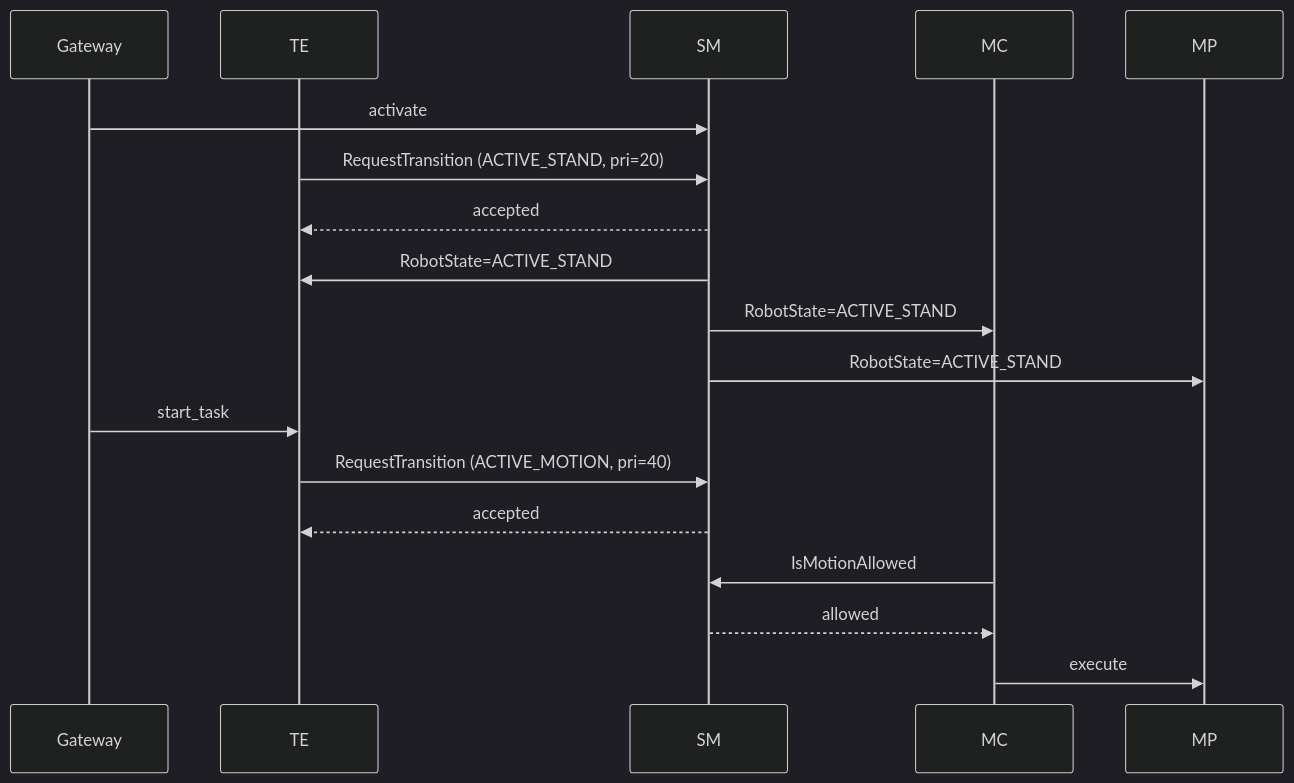
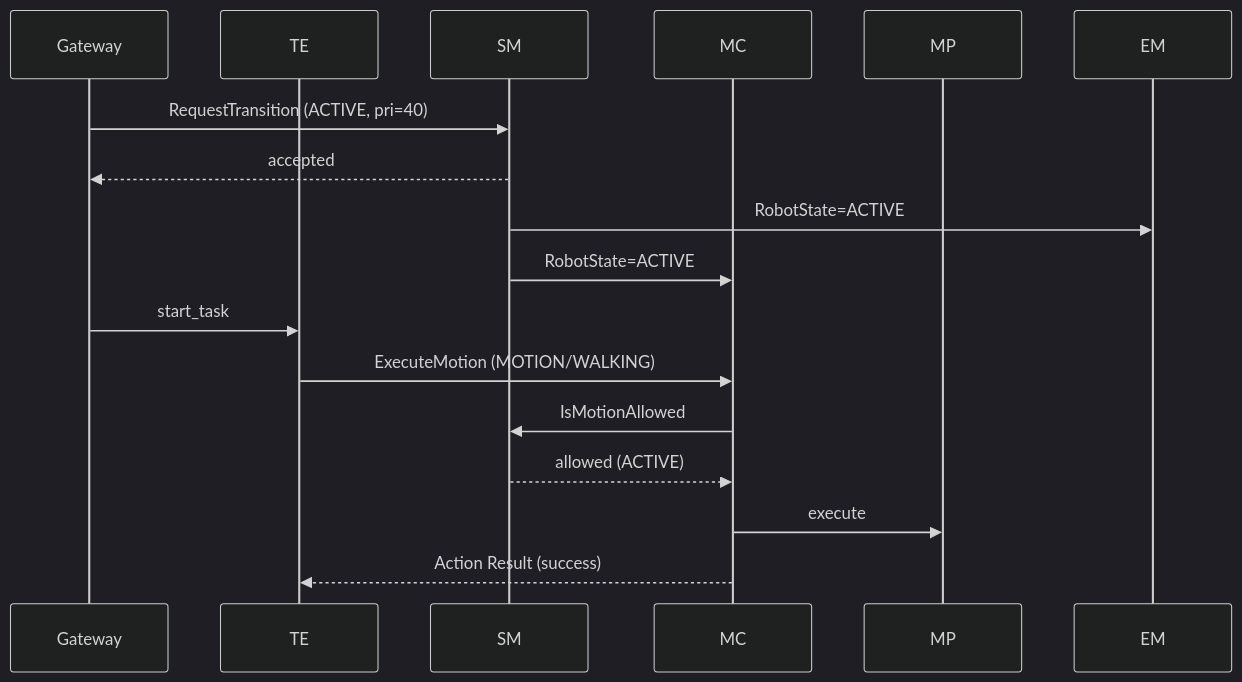
Before and after one commit to Tomaxwell/HomoBot: the third of 4 diagrams in design/layer_06_middleware/sm_design.md, drawn with Mermaid (dark theme). The commit also changed other lines of this file and 66 other files, not shown here.

````diff
--- a/design/layer_06_middleware/sm_design.md
+++ b/design/layer_06_middleware/sm_design.md
@@ -607,20 +461,18 @@
 ```mermaid
 sequenceDiagram
     participant Gateway
     participant TE
     participant SM
     participant MC
     participant MP
-    Gateway->>SM: activate
-    TE->>SM: RequestTransition (ACTIVE_STAND, pri=20)
-    SM-->>TE: accepted
-    SM->>TE: RobotState=ACTIVE_STAND
-    SM->>MC: RobotState=ACTIVE_STAND
-    SM->>MP: RobotState=ACTIVE_STAND
+    Gateway->>SM: RequestTransition (ACTIVE, pri=40)
+    SM-->>Gateway: accepted
+    SM->>EM: RobotState=ACTIVE
+    SM->>MC: RobotState=ACTIVE
     Gateway->>TE: start_task
-    TE->>SM: RequestTransition (ACTIVE_MOTION, pri=40)
-    SM-->>TE: accepted
+    TE->>MC: ExecuteMotion (MOTION/WALKING)
     MC->>SM: IsMotionAllowed
-    SM-->>MC: allowed
+    SM-->>MC: allowed (ACTIVE)
     MC->>MP: execute
+    MC-->>TE: Action Result (success)
 ```
````
